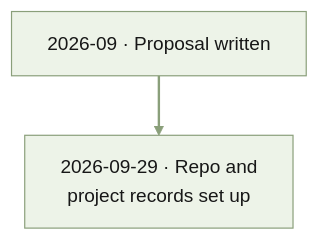
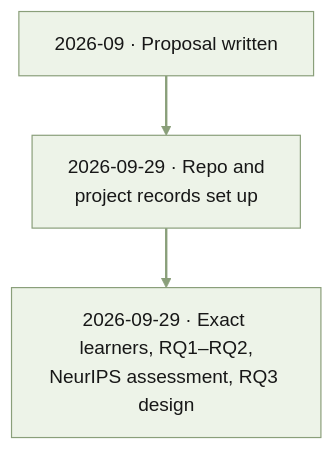
The diagram in MEMORY.md (quan-possible/description-icl), drawn with Mermaid before and after one commit. The commit also changed other lines of this file and 15 other files, not shown here.

First line of the commit message:
Add RQ2 tables, simplify the RQ3 prompt, and record the NeurIPS assessment

````diff
--- a/MEMORY.md
+++ b/MEMORY.md
@@ -10,11 +10,11 @@
 ```mermaid
 %%{init: {"theme":"base","themeVariables":{"fontFamily":"Inter, Clear Sans, Noto Sans, Helvetica Neue, Arial, Noto Sans CJK JP, sans-serif","fontSize":"16px","primaryTextColor":"#171717","lineColor":"#a8a8a8","mainBkg":"#ffffff","clusterBkg":"#ffffff","clusterBorder":"#ffffff","edgeLabelBackground":"#ffffff"},"flowchart":{"htmlLabels":true,"curve":"linear"}}}%%
 flowchart TD
     classDef green fill:#edf3e8,stroke:#8a9f7a,color:#171717,stroke-width:1px
     classDef edgeGreen stroke:#8a9f7a,color:#8a9f7a,stroke-width:2px
 
-    sep["2026-09 · Proposal written"] e1@--> setup["2026-09-29 · Repo and<br/>project records set up"]
+    sep["2026-09 · Proposal written"] e1@--> setup["2026-09-29 · Repo and<br/>project records set up"] e2@--> assess["2026-09-29 · Exact learners, RQ1–RQ2,<br/>NeurIPS assessment, RQ3 design"]
 
-    class sep,setup green
-    class e1 edgeGreen
+    class sep,setup,assess green
+    class e1,e2 edgeGreen
 ```
````
